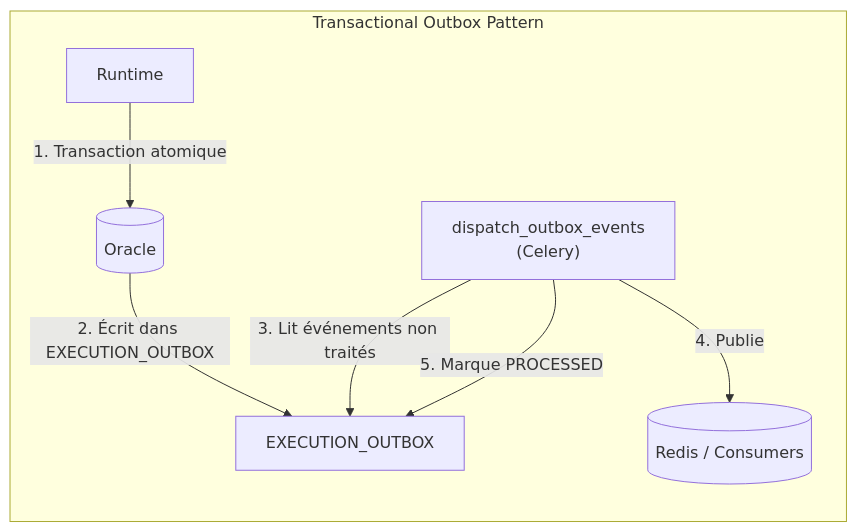
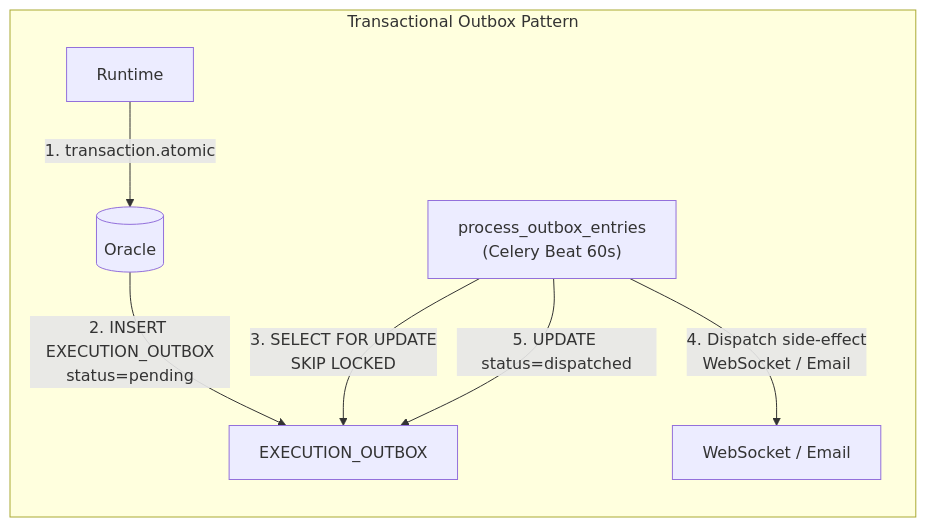
The ninth of 12 diagrams in docs/architecture/workflow-architecture.md (cmodiano/dbops-idp-portal), drawn with Mermaid before and after one commit. The commit also changed other lines of this file and 12 other files, not shown here.

First line of the commit message:
docs(architecture): documentation détaillée des workflows d'exécution (story 87-1)

````diff
--- a/docs/architecture/workflow-architecture.md
+++ b/docs/architecture/workflow-architecture.md
@@ -535,10 +603,10 @@
 ```mermaid
 flowchart LR
     subgraph Transactional Outbox Pattern
-        App[Runtime] -->|1. Transaction atomique| DB[(Oracle)]
-        DB -->|2. Écrit dans EXECUTION_OUTBOX| Outbox[EXECUTION_OUTBOX]
-        Dispatcher["dispatch_outbox_events\n(Celery)"] -->|3. Lit événements non traités| Outbox
-        Dispatcher -->|4. Publie| Redis[(Redis / Consumers)]
-        Dispatcher -->|5. Marque PROCESSED| Outbox
+        App[Runtime] -->|1. transaction.atomic| DB[(Oracle)]
+        DB -->|2. INSERT EXECUTION_OUTBOX\nstatus=pending| Outbox[EXECUTION_OUTBOX]
+        Dispatcher["process_outbox_entries\n(Celery Beat 60s)"] -->|3. SELECT FOR UPDATE\nSKIP LOCKED| Outbox
+        Dispatcher -->|4. Dispatch side-effect\nWebSocket / Email| WS[WebSocket / Email]
+        Dispatcher -->|5. UPDATE status=dispatched| Outbox
     end
 ```
````
